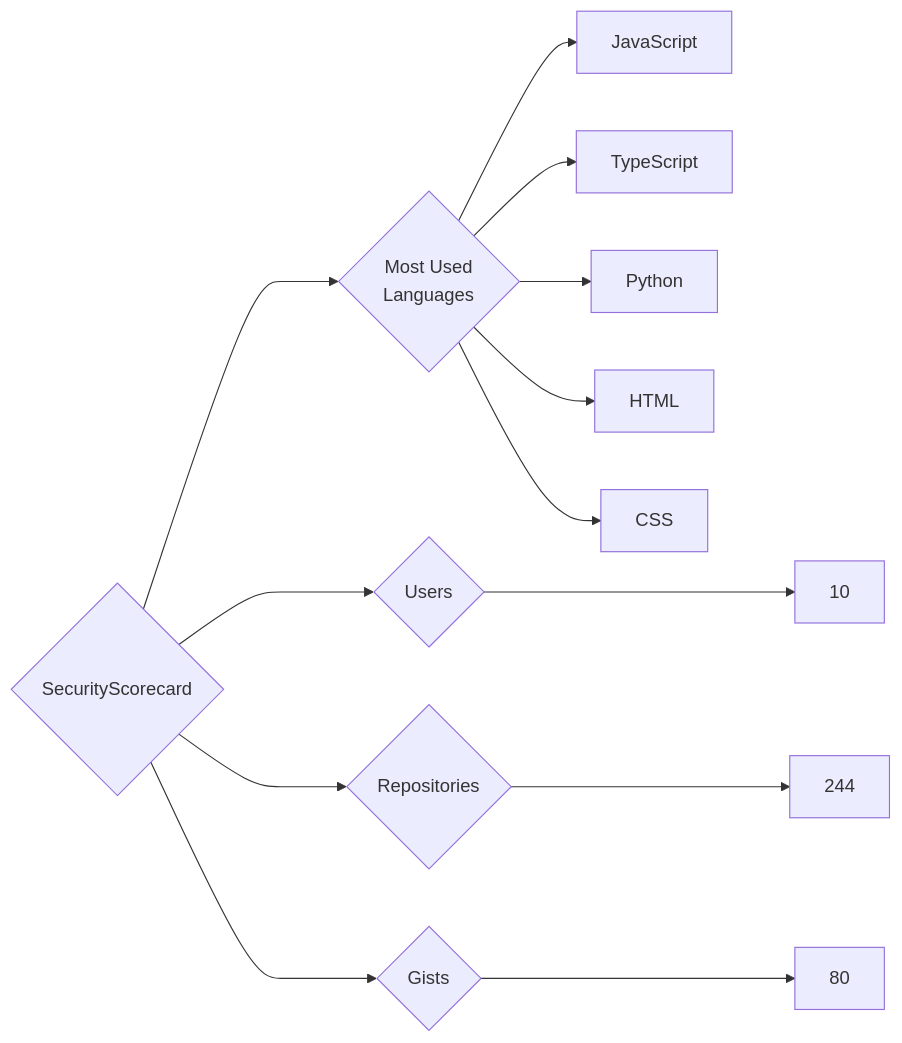
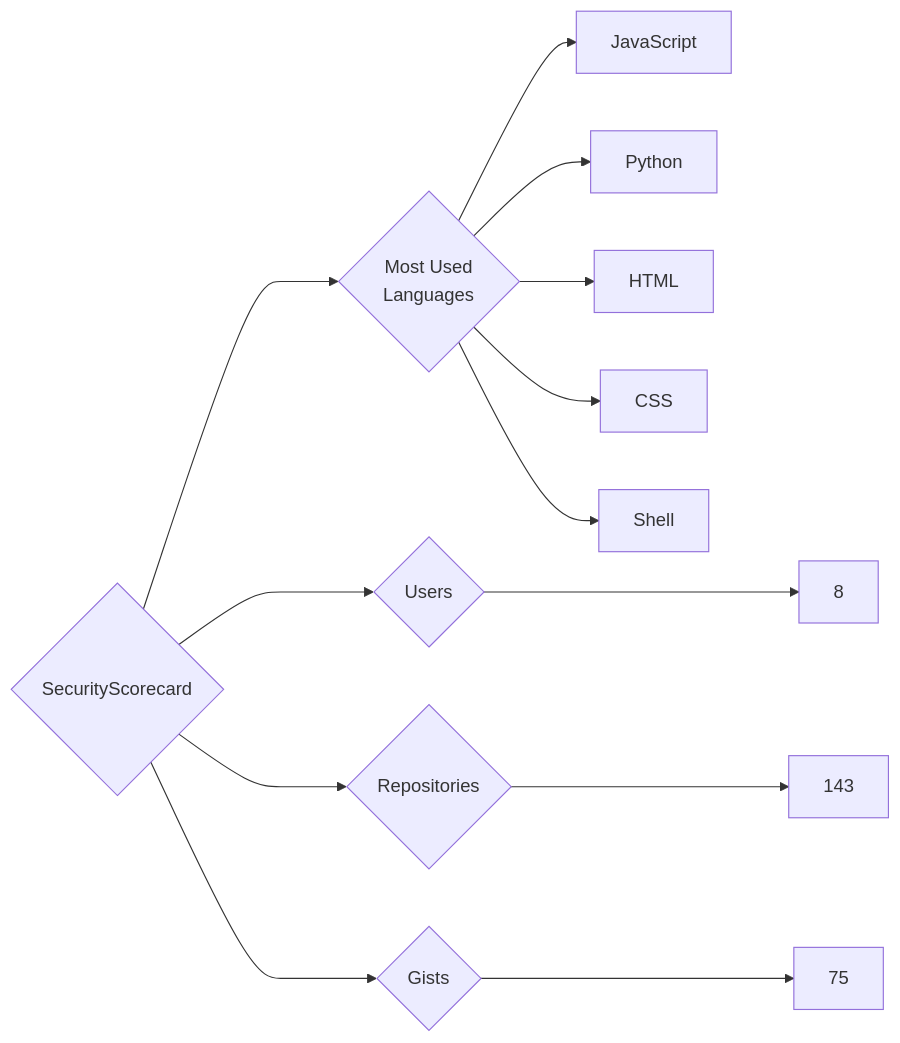
The diagram in targets/SecurityScorecard/README.md (trickest/insiders), drawn with Mermaid before and after one commit. The commit also changed 969 other files, not shown here.

````diff
--- a/targets/SecurityScorecard/README.md
+++ b/targets/SecurityScorecard/README.md
@@ -3,13 +3,13 @@
 ```mermaid
 graph LR
 COMPANY_NAME{SecurityScorecard}
-COMPANY_NAME ---> U{Users} ---> UN[10]
-COMPANY_NAME ---> R{Repositories} ---> RN[244]
-COMPANY_NAME ---> G{Gists} ---> GN[80]
+COMPANY_NAME ---> U{Users} ---> UN[8]
+COMPANY_NAME ---> R{Repositories} ---> RN[143]
+COMPANY_NAME ---> G{Gists} ---> GN[75]
 COMPANY_NAME ---> ML{Most Used<br>Languages}
 ML --> JavaScript[JavaScript]
-ML --> TypeScript[TypeScript]
 ML --> Python[Python]
 ML --> HTML[HTML]
 ML --> CSS[CSS]
+ML --> Shell[Shell]
 ```
````
